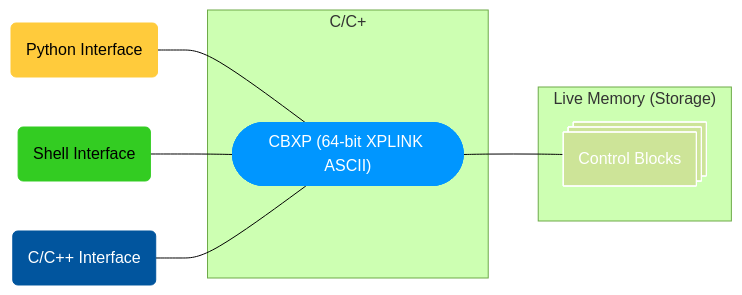
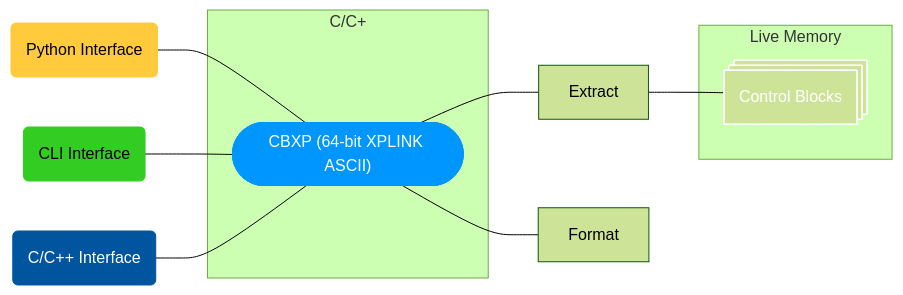
The diagram in index.md (ambitus/cbxp), drawn with Mermaid (forest theme) before and after one commit. The commit also changed other lines of this file and 10 other files, not shown here.

```diff
--- a/index.md
+++ b/index.md
@@ -56,17 +56,20 @@
 <pre class="mermaid">
   flowchart LR
     python(Python Interface) ---CBXP
     style python fill:#ffcb3c,color:#000,stroke:#ffcb3c
-    shell(Shell Interface) ---CBXP
-    style shell fill:#33cc22,color:#000,stroke:#33cc22
+    cli(CLI Interface) ---CBXP
+    style cli fill:#33cc22,color:#000,stroke:#33cc22
     C(C/C++ Interface) ---CBXP
     style C fill:#01559e,color:#fff,stroke:#01559e
     subgraph C/C+
         CBXP(["CBXP (64-bit XPLINK ASCII)"])
         style CBXP fill:#0096ff,color:#fff,stroke:#0096ff
     end
-    subgraph "Live Memory (Storage)"
-        CBXP--- control_blocks_storage@{ shape: procs, label: "Control Blocks"}
-        style control_blocks_storage color:#fff,stroke:#fff
+    CBXP--- Extract
+    CBXP--- Format
+    Extract ---control_blocks_memory
+    subgraph "Live Memory"
+        control_blocks_memory@{ shape: procs, label: "Control Blocks"}
+        style control_blocks_memory color:#fff,stroke:#fff
     end
 </pre>
```
